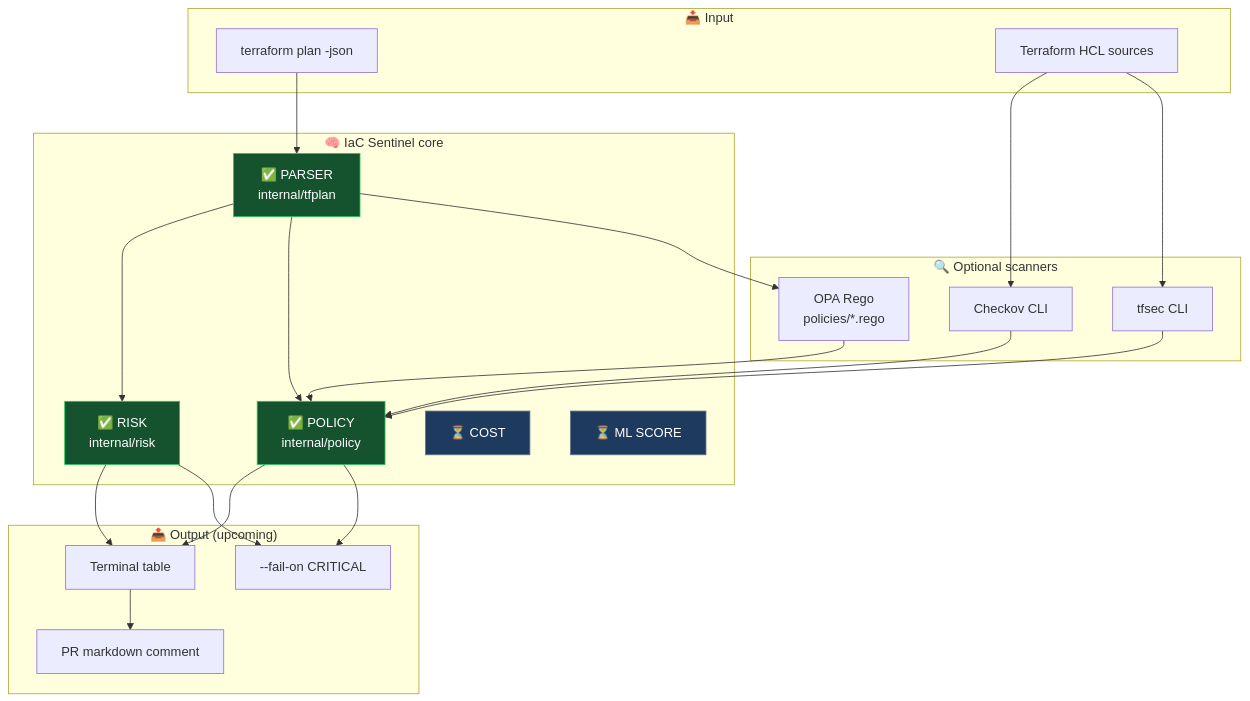
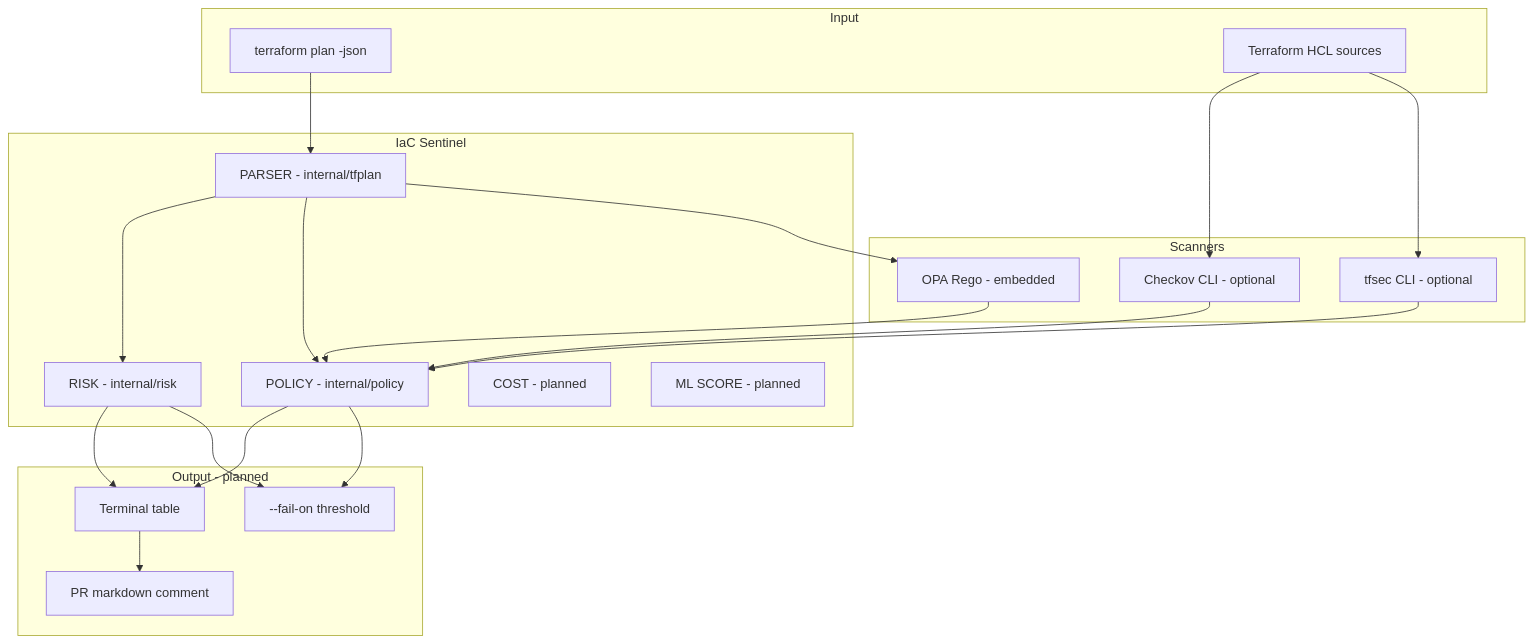
Before and after one commit to SamyBaouche/iac-sentinel: the second of 7 diagrams in README.md, drawn with Mermaid. The commit also changed other lines of this file, not shown here.

````diff
--- a/README.md
+++ b/README.md
@@ -59,48 +48,42 @@
 ```mermaid
 flowchart TB
-  subgraph INPUT["📥 Input"]
-    PLAN["terraform plan -json"]
-    HCL["Terraform HCL sources"]
+  subgraph input [Input]
+    PLAN[terraform plan -json]
+    HCL[Terraform HCL sources]
   end
 
-  subgraph CORE["🧠 IaC Sentinel core"]
-    PARSER["✅ PARSER<br/>internal/tfplan"]
-    RISK["✅ RISK<br/>internal/risk"]
-    POL["✅ POLICY<br/>internal/policy"]
-    COST["⏳ COST"]
-    ML["⏳ ML SCORE"]
+  subgraph core [IaC Sentinel]
+    PARSER[PARSER - internal/tfplan]
+    RISK[RISK - internal/risk]
+    POL[POLICY - internal/policy]
+    COST[COST - planned]
+    ML[ML SCORE - planned]
   end
 
-  subgraph SCANNERS["🔍 Optional scanners"]
-    CKV["Checkov CLI"]
-    TFS["tfsec CLI"]
-    OPA["OPA Rego<br/>policies/*.rego"]
+  subgraph scanners [Scanners]
+    CKV[Checkov CLI - optional]
+    TFS[tfsec CLI - optional]
+    OPA[OPA Rego - embedded]
   end
 
-  subgraph OUT["📤 Output (upcoming)"]
-    CLI["Terminal table"]
-    PR["PR markdown comment"]
-    FAIL["--fail-on CRITICAL"]
+  subgraph output [Output - planned]
+    CLI[Terminal table]
+    PR[PR markdown comment]
+    FAIL["--fail-on threshold"]
   end
 
   PLAN --> PARSER
   PARSER --> RISK
   PARSER --> POL
   HCL --> CKV
   HCL --> TFS
   PARSER --> OPA
   CKV --> POL
   TFS --> POL
   OPA --> POL
   RISK --> CLI
   POL --> CLI
   RISK --> FAIL
   POL --> FAIL
   CLI --> PR
-
-  style PARSER fill:#14532d,stroke:#22c55e,color:#fff
-  style RISK fill:#14532d,stroke:#22c55e,color:#fff
-  style POL fill:#14532d,stroke:#22c55e,color:#fff
-  style COST fill:#1e3a5f,stroke:#64748b,color:#fff
-  style ML fill:#1e3a5f,stroke:#64748b,color:#fff
 ```
````
